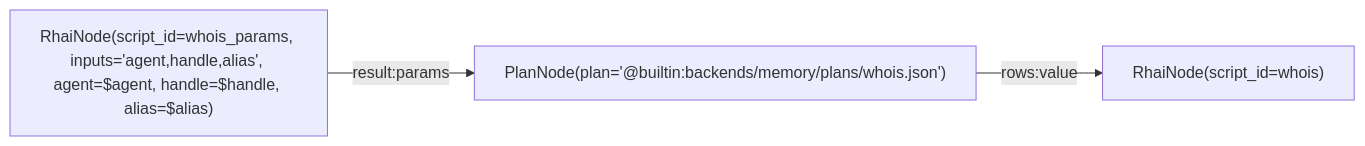
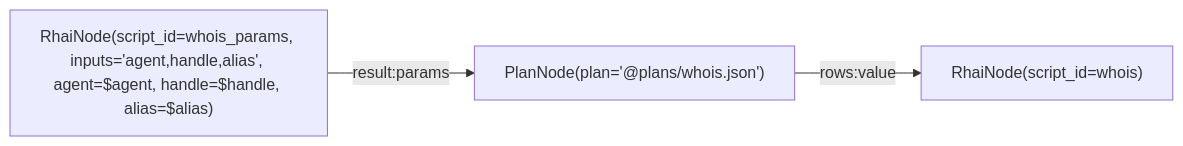
Before and after one commit to L-Defraiteur/rag3db: the diagram in extension/rag3weaver/templates/backends/memory/graphs/whois.mmd, drawn with Mermaid. The commit also changed 20 other files, not shown here.

Commit message:
feat(memoire): le gabarit memory cite ses graphes et ses Plans sur disque (@graphs/, @plans/), versés dans le gabarit : une copie éditée change ce que l'appel joue et la version du gabarit ; @builtin: ne reste que pour les outils génériques du moteur (select_structured, search_structured)

```diff
--- a/extension/rag3weaver/templates/backends/memory/graphs/whois.mmd
+++ b/extension/rag3weaver/templates/backends/memory/graphs/whois.mmd
@@ -1,13 +1,13 @@
 %% tool: whois
 %% description: Qui est un agent (page 04 de la mémoire longue) : par sa clé, un de ses handles (session:<uuid>, uds:<socket>, task:<nom>) ou un de ses alias — un seul des trois. Rend la clé (agent), le dernier alias et tous avec leur date (aliases), les handles datés, le texte du dernier apport identity (identite, identity_at), la tâche en cours (tache : la première fiche de sa ligne doing:) et les autres fiches tenues ; `said` dit ce qui manque ou ce qui est ambigu. Les 200 apports alias, handle et identity les plus récents sont lus : un historique plus long perd ses plus anciens.
 %% param: agent string = "" -- La clé de l'agent : le nom de sa fiche d'identité.
 %% param: handle string = "" -- Un handle, valeur nue de la Ref de genre handle (ex. 'session:25b7ff4b-…').
 %% param: alias string = "" -- Un nom affiché, valeur de la Ref de genre alias.
 %% result: rendre.result
 
 graph LR
     params["RhaiNode(script_id=whois_params, inputs='agent,handle,alias', agent=$agent, handle=$handle, alias=$alias)"]
-    plan["PlanNode(plan='@builtin:backends/memory/plans/whois.json')"]
+    plan["PlanNode(plan='@plans/whois.json')"]
     rendre["RhaiNode(script_id=whois)"]
     params -->|result:params| plan
     plan -->|rows:value| rendre
```
